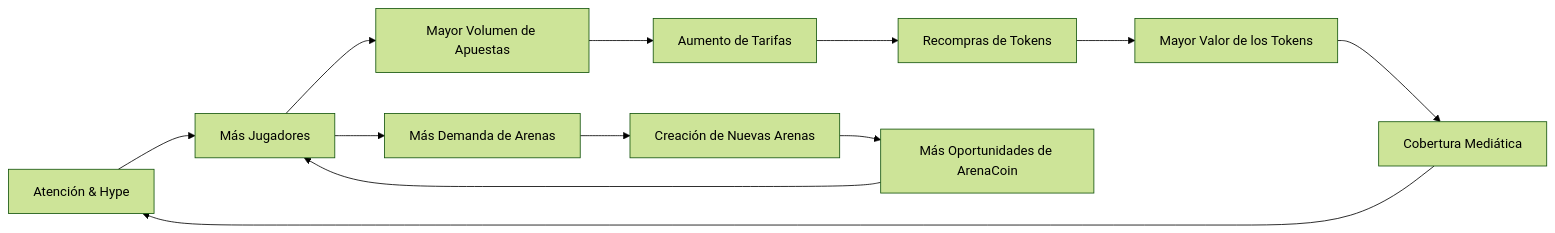
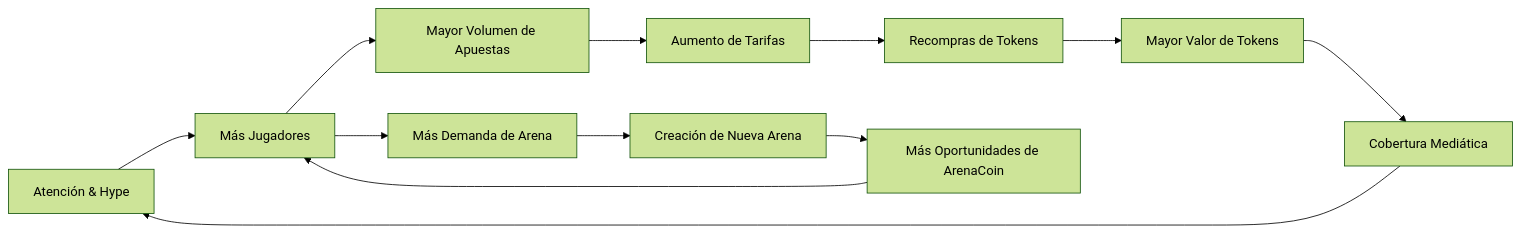
Before and after one commit to b3-fun/b3: the second of 2 diagrams in docs/es/hypeduel/platform-overview.mdx, drawn with Mermaid (forest theme). The commit also changed other lines of this file and 52 other files, not shown here.

````diff
--- a/docs/es/hypeduel/platform-overview.mdx
+++ b/docs/es/hypeduel/platform-overview.mdx
@@ -213,15 +142,15 @@
 ```mermaid
 graph LR
     A[Atención & Hype] --> B[Más Jugadores]
     B --> C[Mayor Volumen de Apuestas]
     C --> D[Aumento de Tarifas]
     D --> E[Recompras de Tokens]
-    E --> F[Mayor Valor de los Tokens]
+    E --> F[Mayor Valor de Tokens]
     F --> G[Cobertura Mediática]
     G --> A
 
-    B --> H[Más Demanda de Arenas]
-    H --> I[Creación de Nuevas Arenas]
+    B --> H[Más Demanda de Arena]
+    H --> I[Creación de Nueva Arena]
     I --> J[Más Oportunidades de ArenaCoin]
     J --> B
 ```
````
